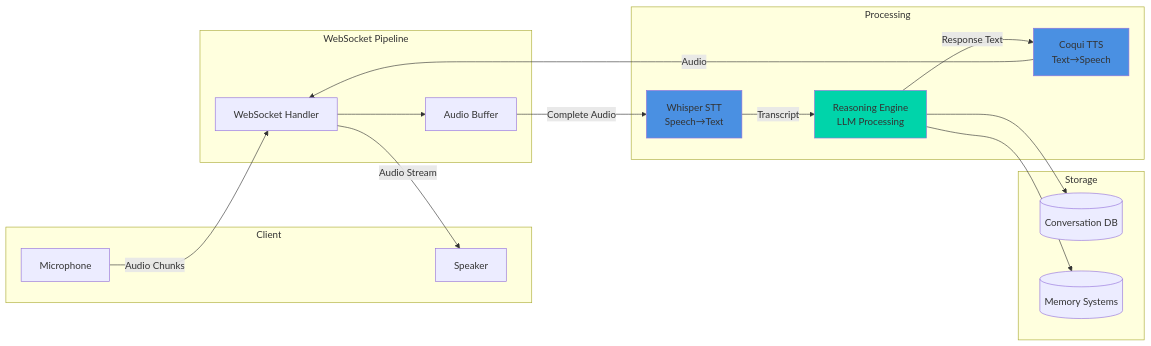
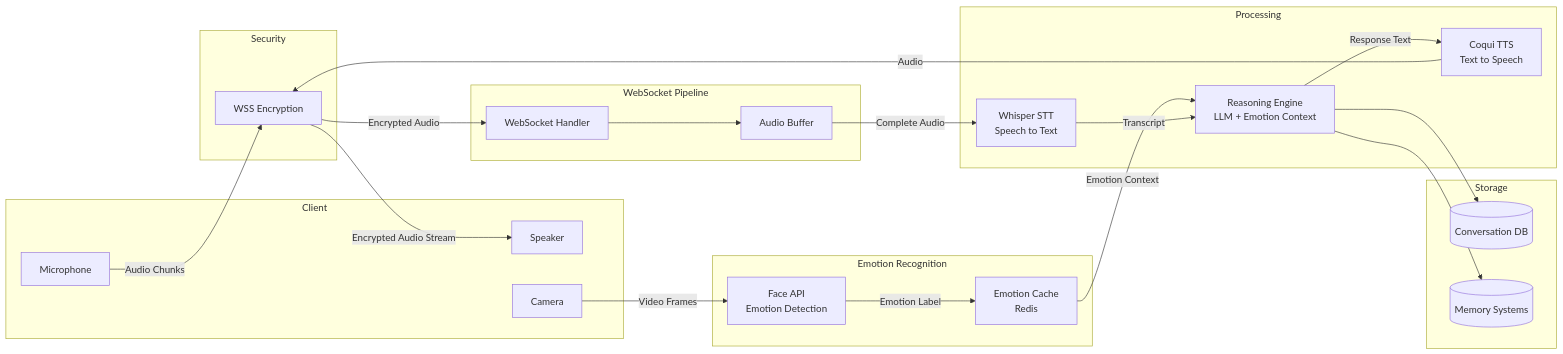
One commit to Shashwat-Akhilesh-Shukla/Cognitive-AI changed the third of 4 diagrams in README.md. Above: the diagram before and after it, drawn with Mermaid. The commit also changed other lines of this file and 4 other files, not shown here.

````diff
--- a/README.md
+++ b/README.md
@@ -152,38 +174,49 @@
 ```mermaid
 graph LR
     subgraph "Client"
         MIC[Microphone]
         SPEAKER[Speaker]
+        CAMERA[Camera]
     end
-    
+
+    subgraph "Security"
+        WSS[WSS Encryption]
+    end
+
+    subgraph "Emotion Recognition"
+        FACE_API[Face API<br/>Emotion Detection]
+        EMOTION_CACHE[Emotion Cache<br/>Redis]
+    end
+
     subgraph "WebSocket Pipeline"
         WS[WebSocket Handler]
         BUFFER[Audio Buffer]
     end
-    
+
     subgraph "Processing"
-        STT[Whisper STT<br/>Speech→Text]
-        REASON[Reasoning Engine<br/>LLM Processing]
-        TTS[Coqui TTS<br/>Text→Speech]
+        STT[Whisper STT<br/>Speech to Text]
+        REASON[Reasoning Engine<br/>LLM + Emotion Context]
+        TTS[Coqui TTS<br/>Text to Speech]
     end
-    
+
     subgraph "Storage"
         CONV_STORE[(Conversation DB)]
         MEM_STORE[(Memory Systems)]
     end
-    
-    MIC -->|Audio Chunks| WS
+
+    CAMERA -->|Video Frames| FACE_API
+    FACE_API -->|Emotion Label| EMOTION_CACHE
+    EMOTION_CACHE -->|Emotion Context| REASON
+
+    MIC -->|Audio Chunks| WSS
+    WSS -->|Encrypted Audio| WS
     WS --> BUFFER
     BUFFER -->|Complete Audio| STT
     STT -->|Transcript| REASON
     REASON -->|Response Text| TTS
-    TTS -->|Audio| WS
-    WS -->|Audio Stream| SPEAKER
-    
+    TTS -->|Audio| WSS
+    WSS -->|Encrypted Audio Stream| SPEAKER
+
     REASON --> CONV_STORE
     REASON --> MEM_STORE
-    
-    style STT fill:#4a90e2
-    style TTS fill:#4a90e2
-    style REASON fill:#00d4aa
 ```
````
